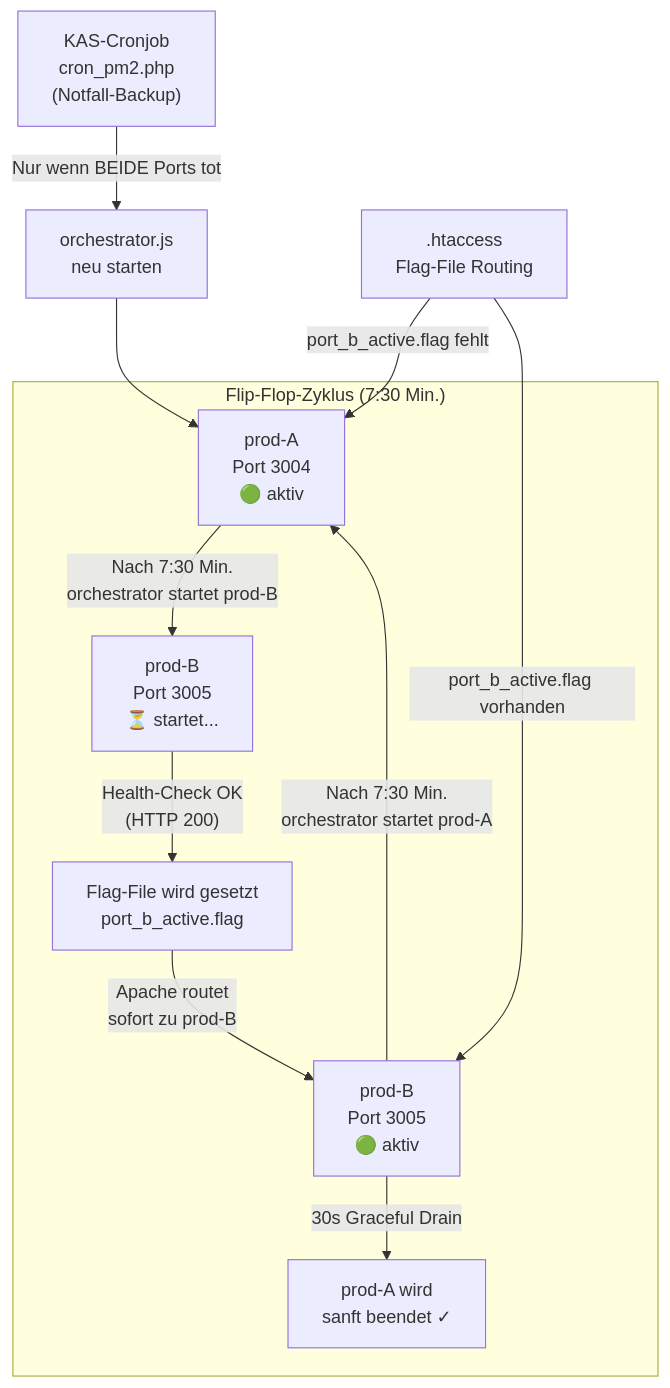
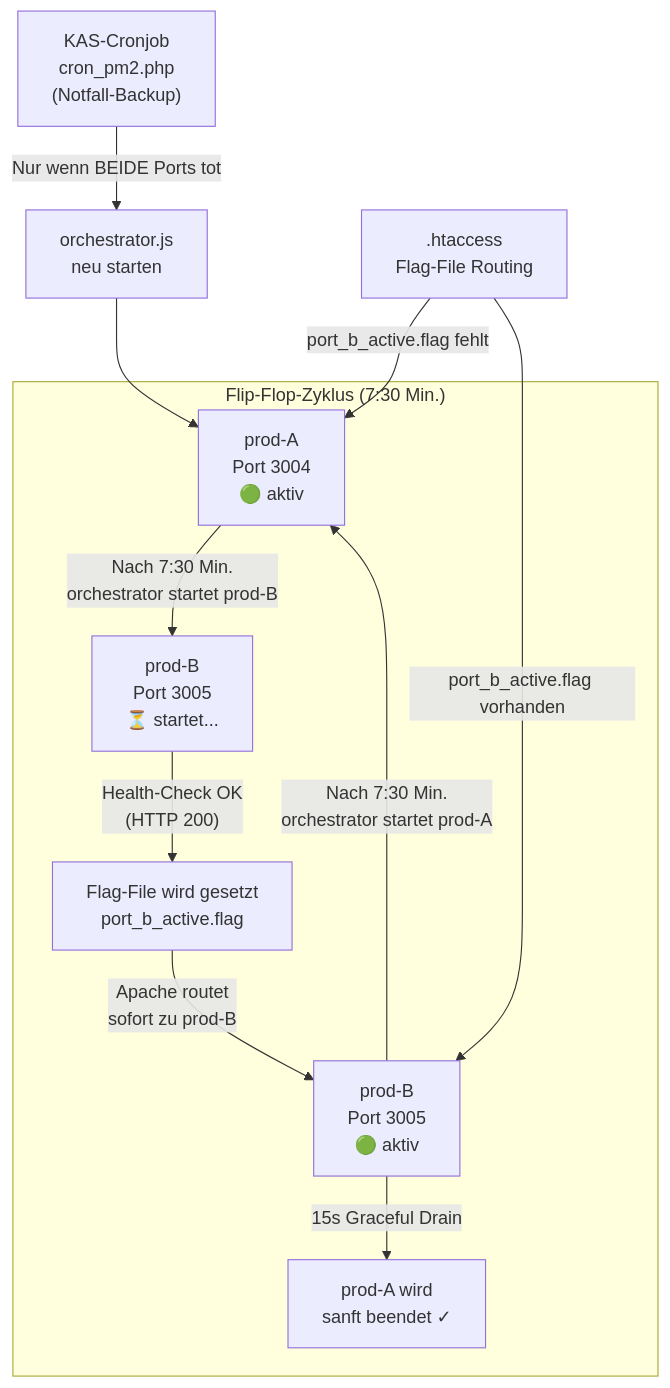
Before and after one commit to CmdOptionBare/myProjekts: the third of 5 diagrams in myWebpage/Shared-Hosting--Node-js/All-Inkl-com/version1/content/docu/2026-05--18--node-js-pm2-shared-hosting/pm2-setup-all-inkl.mdx, drawn with Mermaid. The commit also changed other lines of this file and 4 other files, not shown here.

````diff
--- a/myWebpage/Shared-Hosting--Node-js/All-Inkl-com/version1/content/docu/2026-05--18--node-js-pm2-shared-hosting/pm2-setup-all-inkl.mdx
+++ b/myWebpage/Shared-Hosting--Node-js/All-Inkl-com/version1/content/docu/2026-05--18--node-js-pm2-shared-hosting/pm2-setup-all-inkl.mdx
@@ -119,16 +120,16 @@
 ```mermaid
 flowchart TD
     subgraph "Flip-Flop-Zyklus (7:30 Min.)"
         A["prod-A\nPort 3004\n🟢 aktiv"] -->|"Nach 7:30 Min.\norchestrator startet prod-B"| B["prod-B\nPort 3005\n⏳ startet..."]
         B -->|"Health-Check OK\n(HTTP 200)"| C["Flag-File wird gesetzt\nport_b_active.flag"]
         C -->|"Apache routet\nsofort zu prod-B"| D["prod-B\nPort 3005\n🟢 aktiv"]
-        D -->|"30s Graceful Drain"| E["prod-A wird\nsanft beendet ✓"]
+        D -->|"15s Graceful Drain"| E["prod-A wird\nsanft beendet ✓"]
         D -->|"Nach 7:30 Min.\norchestrator startet prod-A"| A
     end
 
     F["KAS-Cronjob\ncron_pm2.php\n(Notfall-Backup)"] -->|"Nur wenn BEIDE Ports tot"| G["orchestrator.js\nneu starten"]
     G --> A
 
     H[".htaccess\nFlag-File Routing"] -->|"port_b_active.flag fehlt"| A
     H -->|"port_b_active.flag vorhanden"| D
 ```
````
